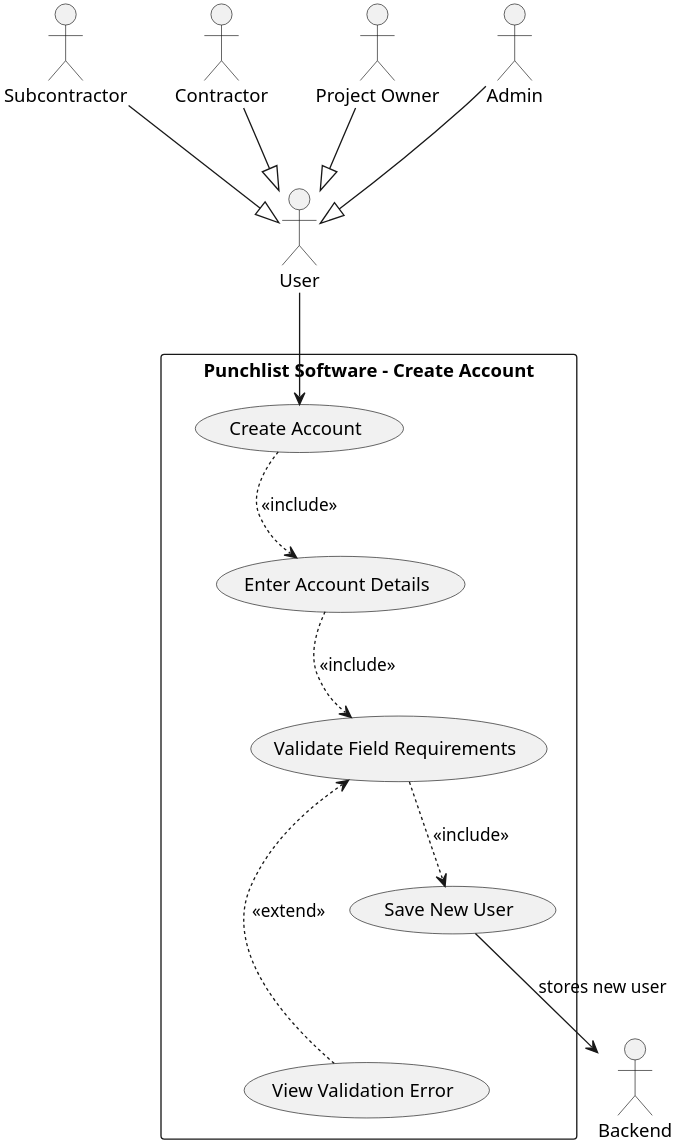
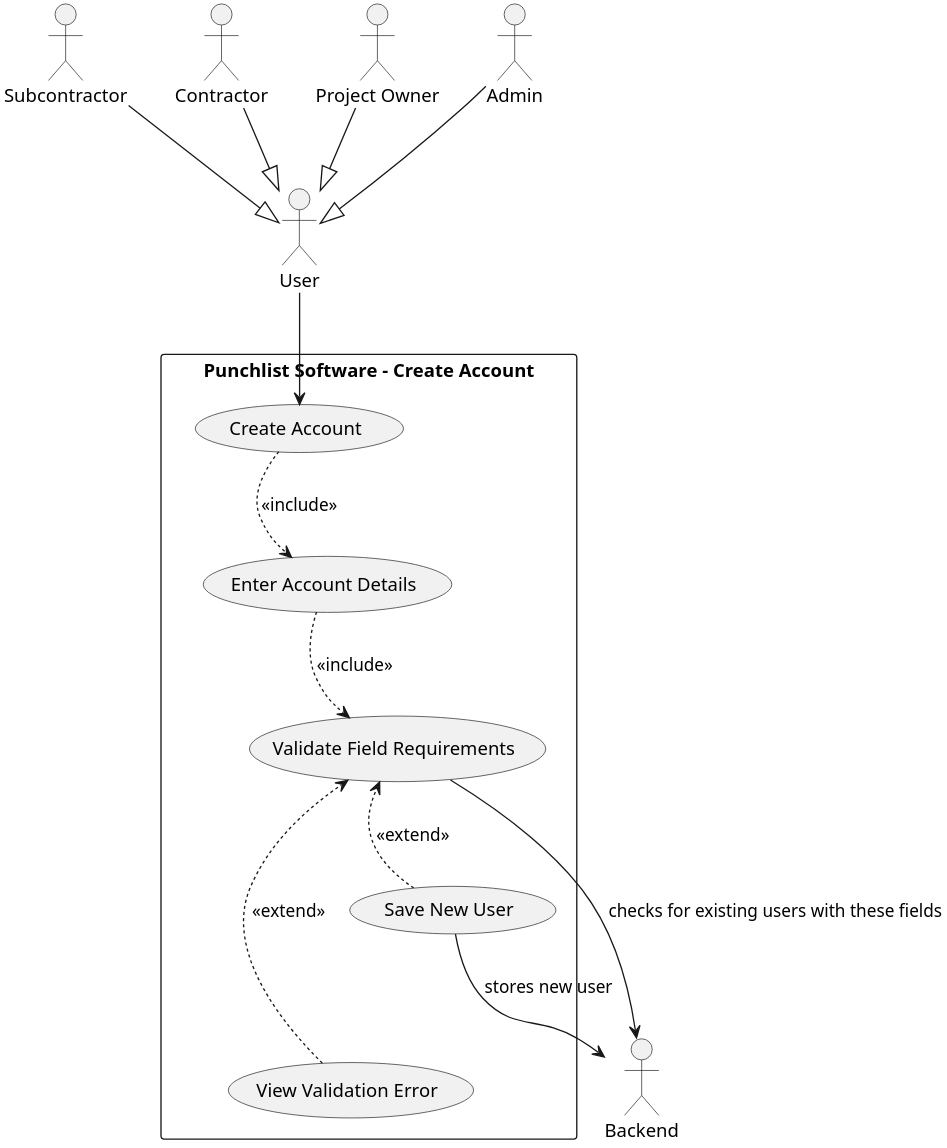
The diagram in Use Cases/PUML/use-case-create-account.puml (owenwriston/CMSC-447), drawn with PlantUML before and after one commit. The commit also changed 1 other file, not shown here.

```diff
--- a/Use Cases/PUML/use-case-create-account.puml
+++ b/Use Cases/PUML/use-case-create-account.puml
@@ -1,44 +1,44 @@
 @startuml
 scale 3
 top to bottom direction
 
 actor "Subcontractor" as Sub
 actor "Contractor" as Con
 actor "Project Owner" as Owner
 actor "Admin" as Admin
 actor "User" as User
 actor "Backend" as Back
 
 Sub --|> User
 Con --|> User
 Owner --|> User
 Admin --|> User
 
 rectangle "Punchlist Software - Create Account" {
   usecase "Create Account" as UC0
   usecase "Enter Account Details" as UC0a
   usecase "Validate Field Requirements" as UC0b
   usecase "Save New User" as UC0c
   usecase "View Validation Error" as UC0d
   'usecase "View 'Account Already Exists' Error" as UC0f
 }
 
 UC0 -[hidden]down-> UC0a
 UC0a -[hidden]down-> UC0b
 UC0b -[hidden]down-> UC0c
 UC0c -[hidden]down-> UC0d
 'UC0d -[hidden]down-> UC0f
 
 User --> UC0
 
 UC0 .> UC0a : <<include>>
 UC0a .> UC0b : <<include>>
 
-UC0b .> UC0c : <<include>>
+UC0c .> UC0b : <<extend>>
 UC0d .> UC0b : <<extend>>
 'UC0f .> UC0b : <<extend>>
 
-'UC0b --> Back : checks for existing users with these fields
+UC0b --> Back : checks for existing users with these fields
 UC0c --> Back : stores new user
 
 @enduml
```
